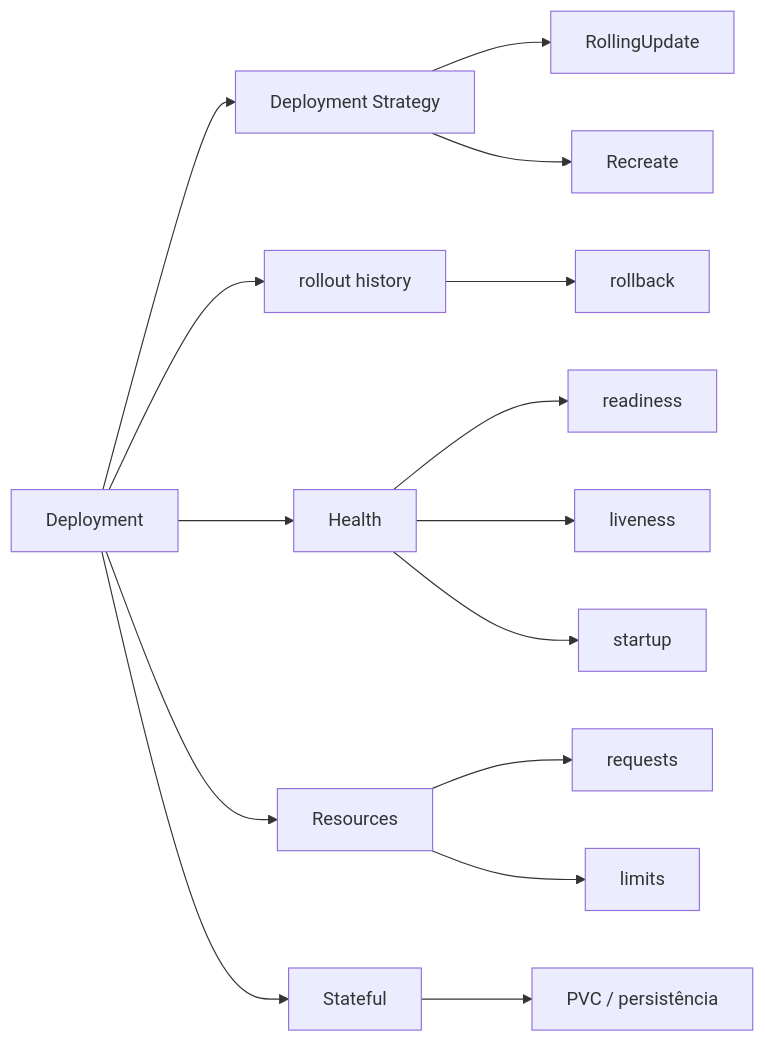
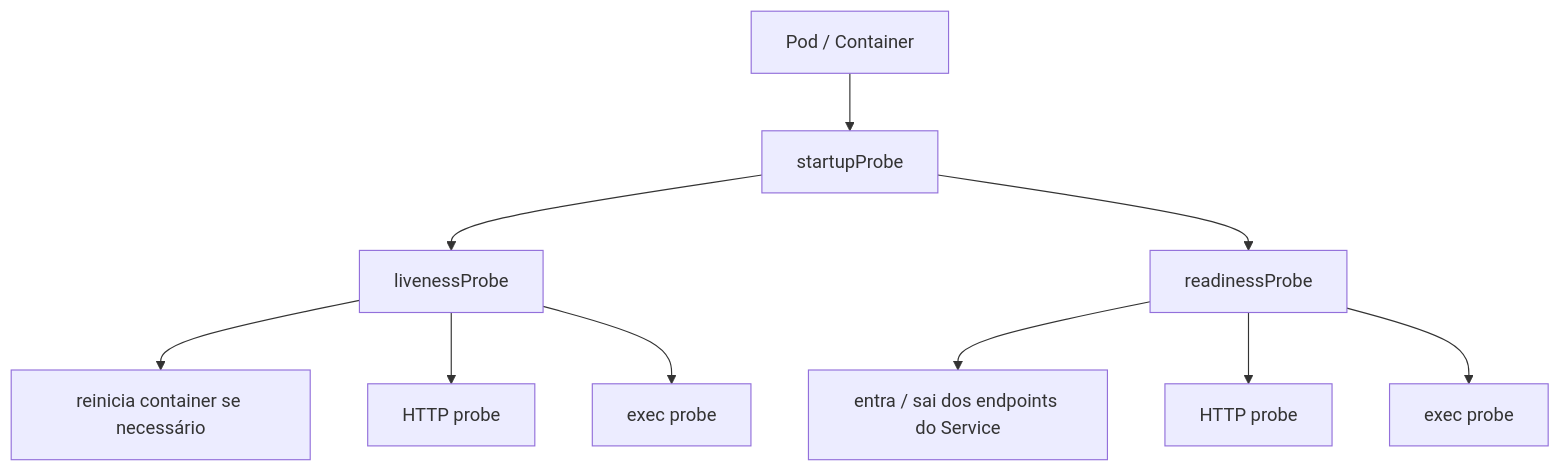
One commit to fmonticelli/ex288-labs changed the ninth of 9 diagrams in mindmap/README.md. Above: the diagram before and after it, drawn with Mermaid. The commit also changed other lines of this file and 1 other file, not shown here.

````diff
--- a/mindmap/README.md
+++ b/mindmap/README.md
@@ -420,21 +430,15 @@
 ```mermaid
-flowchart LR
-    DEP[Deployment] --> STRAT[Deployment Strategy]
-    STRAT --> ROLLING[RollingUpdate]
-    STRAT --> RECREATE[Recreate]
+flowchart TD
+    POD[Pod / Container] --> STARTUP[startupProbe]
+    STARTUP --> LIVE[livenessProbe]
+    STARTUP --> READY[readinessProbe]
 
-    DEP --> HIST[rollout history]
-    HIST --> ROLLBACK[rollback]
+    READY --> TRAFFIC["entra / sai dos endpoints do Service"]
+    LIVE --> RESTART["reinicia container se necessário"]
 
-    DEP --> HEALTH[Health]
-    HEALTH --> READY[readiness]
-    HEALTH --> LIVE[liveness]
-    HEALTH --> STARTUP[startup]
+    READY --> HTTP[HTTP probe]
+    READY --> EXEC[exec probe]
 
-    DEP --> RES[Resources]
-    RES --> REQUESTS[requests]
-    RES --> LIMITS[limits]
-
-    DEP --> STATE[Stateful]
-    STATE --> PVC[PVC / persistência]
+    LIVE --> HTTP2[HTTP probe]
+    LIVE --> EXEC2[exec probe]
 ```
````
